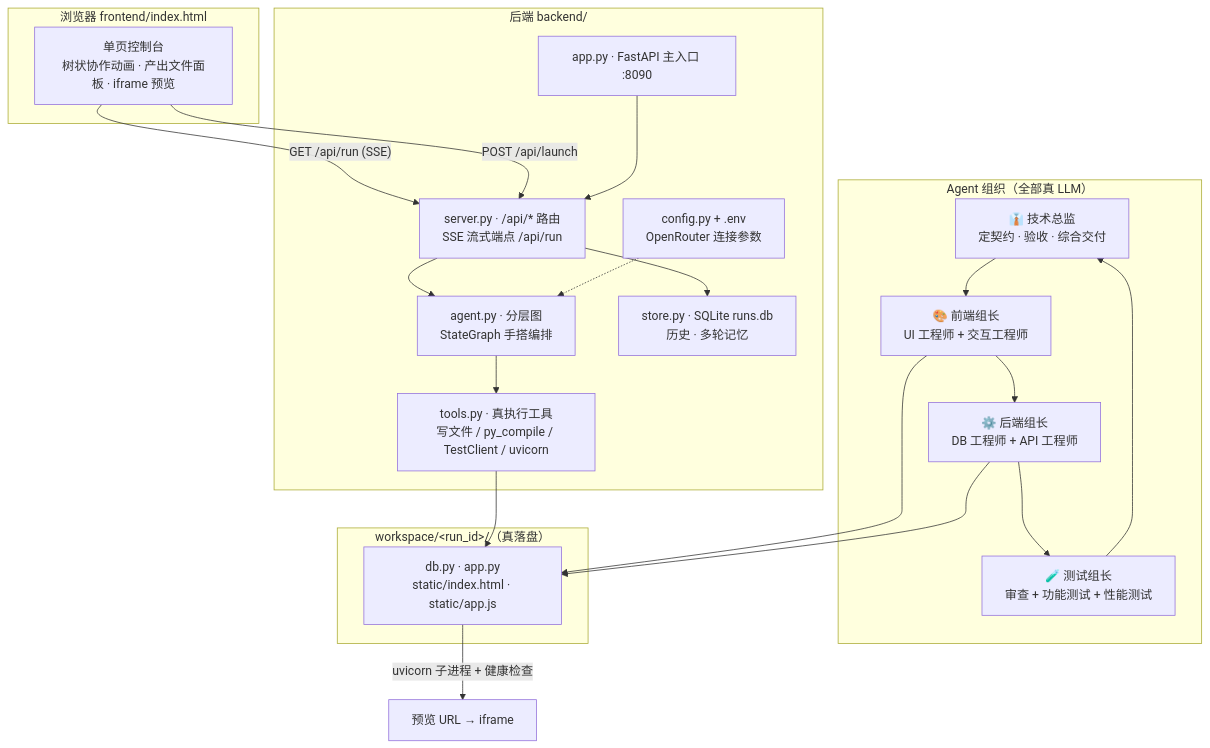
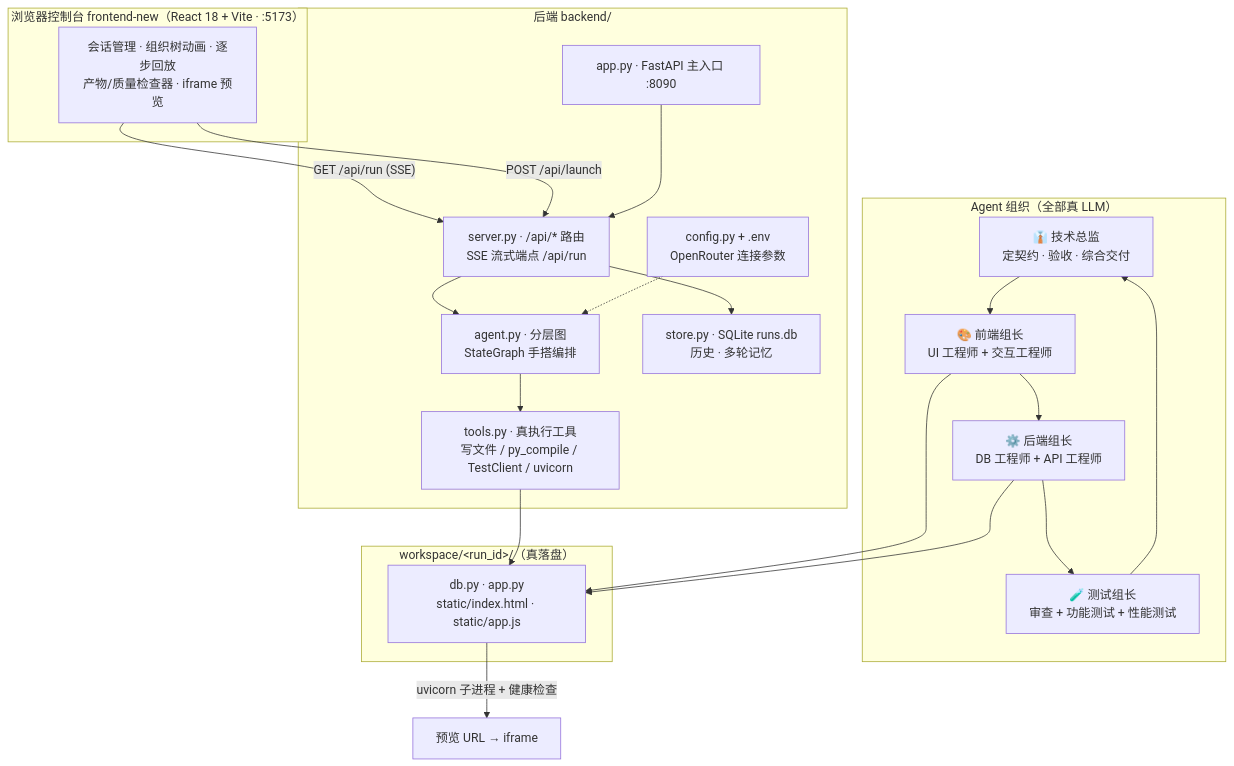
Before and after one commit to WeatherCore/Brief2app: the diagram in README.md, drawn with Mermaid. The commit also changed other lines of this file, not shown here.

Commit message:
docs: README 前端改为 frontend-new，补徽章与启动步骤

````diff
--- a/README.md
+++ b/README.md
@@ -31,34 +34,34 @@
 ```mermaid
 flowchart TB
-    subgraph client["浏览器 frontend/index.html"]
-        UI["单页控制台<br/>树状协作动画 · 产出文件面板 · iframe 预览"]
+    subgraph client["浏览器控制台 frontend-new（React 18 + Vite · :5173）"]
+        UI["会话管理 · 组织树动画 · 逐步回放<br/>产物/质量检查器 · iframe 预览"]
     end
     subgraph server["后端 backend/"]
         APP["app.py · FastAPI 主入口 :8090"]
         API["server.py · /api/* 路由<br/>SSE 流式端点 /api/run"]
         AG["agent.py · 分层图<br/>StateGraph 手搭编排"]
         TO["tools.py · 真执行工具<br/>写文件 / py_compile / TestClient / uvicorn"]
         ST["store.py · SQLite runs.db<br/>历史 · 多轮记忆"]
         CF["config.py + .env<br/>OpenRouter 连接参数"]
     end
     subgraph team["Agent 组织（全部真 LLM）"]
         CTO["👔 技术总监<br/>定契约 · 验收 · 综合交付"]
         FE["🎨 前端组长<br/>UI 工程师 + 交互工程师"]
         BE["⚙️ 后端组长<br/>DB 工程师 + API 工程师"]
         TE["🧪 测试组长<br/>审查 + 功能测试 + 性能测试"]
     end
     subgraph ws["workspace/&lt;run_id&gt;/（真落盘）"]
         F["db.py · app.py<br/>static/index.html · static/app.js"]
     end
 
     UI -- "GET /api/run (SSE)" --> API
     UI -- "POST /api/launch" --> API
     API --> AG --> TO
     API --> ST
     APP --> API
     CF -.-> AG
     CTO --> FE --> BE --> TE --> CTO
     FE & BE --> F
     TO --> F
     F -- "uvicorn 子进程 + 健康检查" --> PRE["预览 URL → iframe"]
 ```
````
